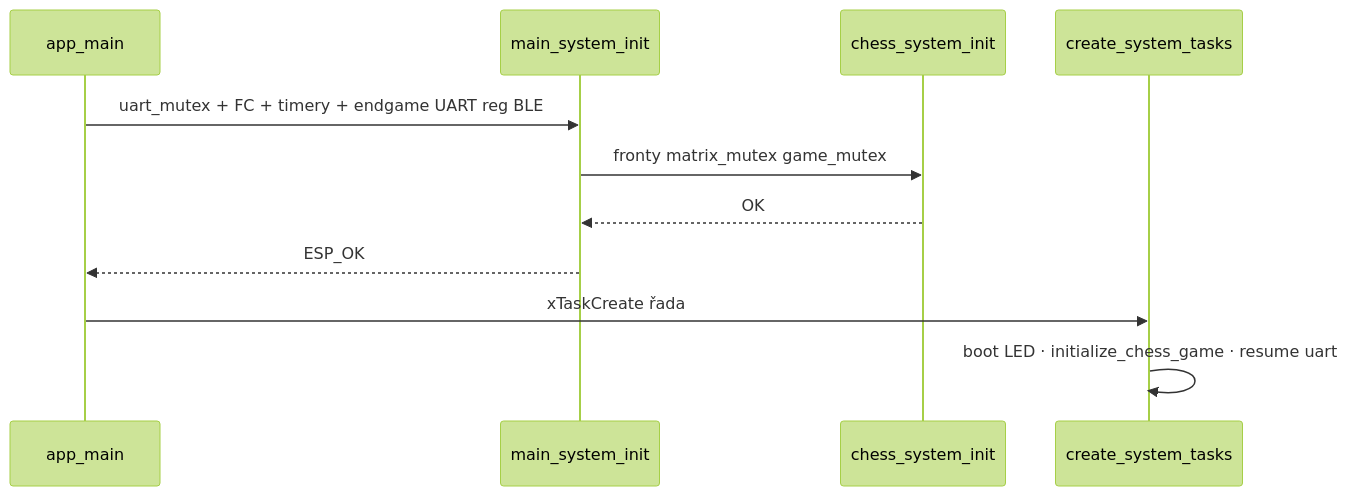
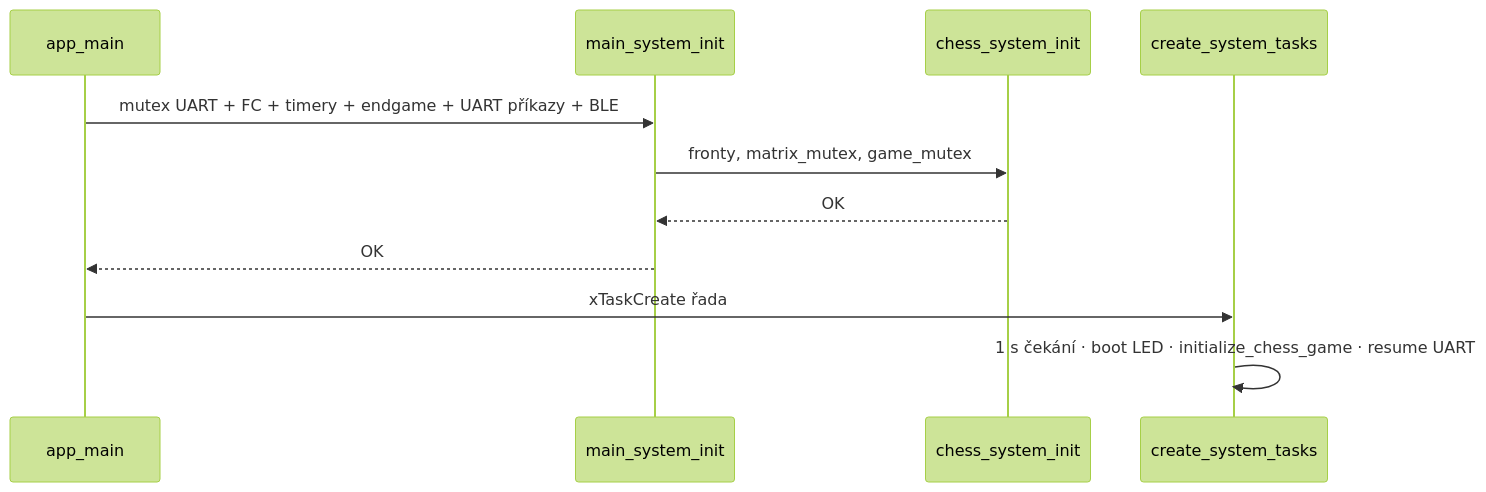
One commit to AlfredKrutina/chess_esp32_c6_devkit changed the first of 6 diagrams in docs/diagrams/README.md. Above: the diagram before and after it, drawn with Mermaid (forest theme). The commit also changed other lines of this file and 9 other files, not shown here.

First line of the commit message:
docs: lidsky psaná navigace, Flutter README s diagramy, smazat docs/mermaid

````diff
--- a/docs/diagrams/README.md
+++ b/docs/diagrams/README.md
@@ -83,13 +50,13 @@
 ```mermaid
 sequenceDiagram
   participant AM as app_main
   participant SYS as main_system_init
   participant FC as chess_system_init
   participant CR as create_system_tasks
-  AM->>SYS: uart_mutex + FC + timery + endgame UART reg BLE
-  SYS->>FC: fronty matrix_mutex game_mutex
+  AM->>SYS: mutex UART + FC + timery + endgame + UART příkazy + BLE
+  SYS->>FC: fronty, matrix_mutex, game_mutex
   FC-->>SYS: OK
-  SYS-->>AM: ESP_OK
+  SYS-->>AM: OK
   AM->>CR: xTaskCreate řada
-  CR->>CR: boot LED · initialize_chess_game · resume uart
+  CR->>CR: 1 s čekání · boot LED · initialize_chess_game · resume UART
 ```
````
